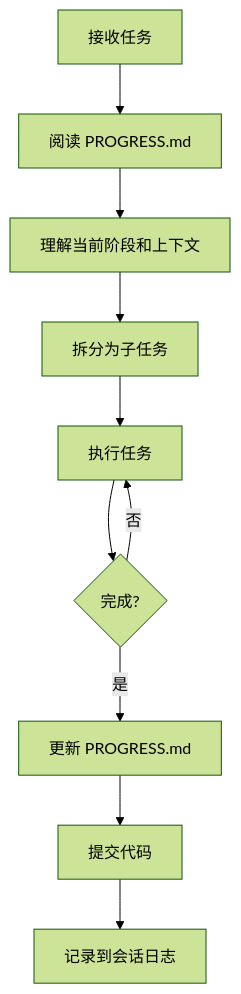
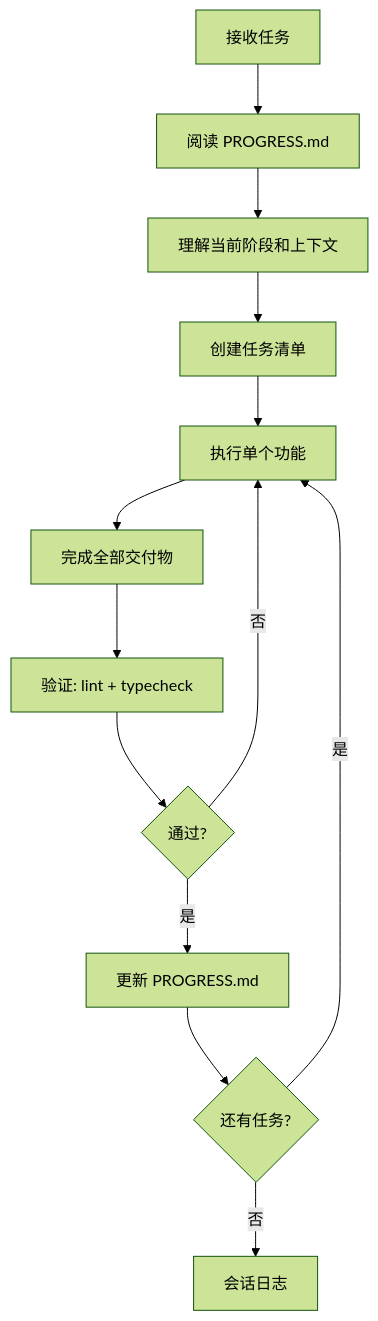
Before and after one commit to Langlw1992/beeve: the diagram in .ai/workflow.md, drawn with Mermaid (forest theme). The commit also changed other lines of this file and 5 other files, not shown here.

````diff
--- a/.ai/workflow.md
+++ b/.ai/workflow.md
@@ -25,12 +157,15 @@
 ```mermaid
 graph TD
     A[接收任务] --> B[阅读 PROGRESS.md]
     B --> C[理解当前阶段和上下文]
-    C --> D[拆分为子任务]
-    D --> E[执行任务]
-    E --> F{完成?}
-    F -->|是| G[更新 PROGRESS.md]
-    F -->|否| E
-    G --> H[提交代码]
-    H --> I[记录到会话日志]
+    C --> D[创建任务清单]
+    D --> E[执行单个功能]
+    E --> F[完成全部交付物]
+    F --> G[验证: lint + typecheck]
+    G --> H{通过?}
+    H -->|否| E
+    H -->|是| I[更新 PROGRESS.md]
+    I --> J{还有任务?}
+    J -->|是| E
+    J -->|否| K[会话日志]
 ```
````
